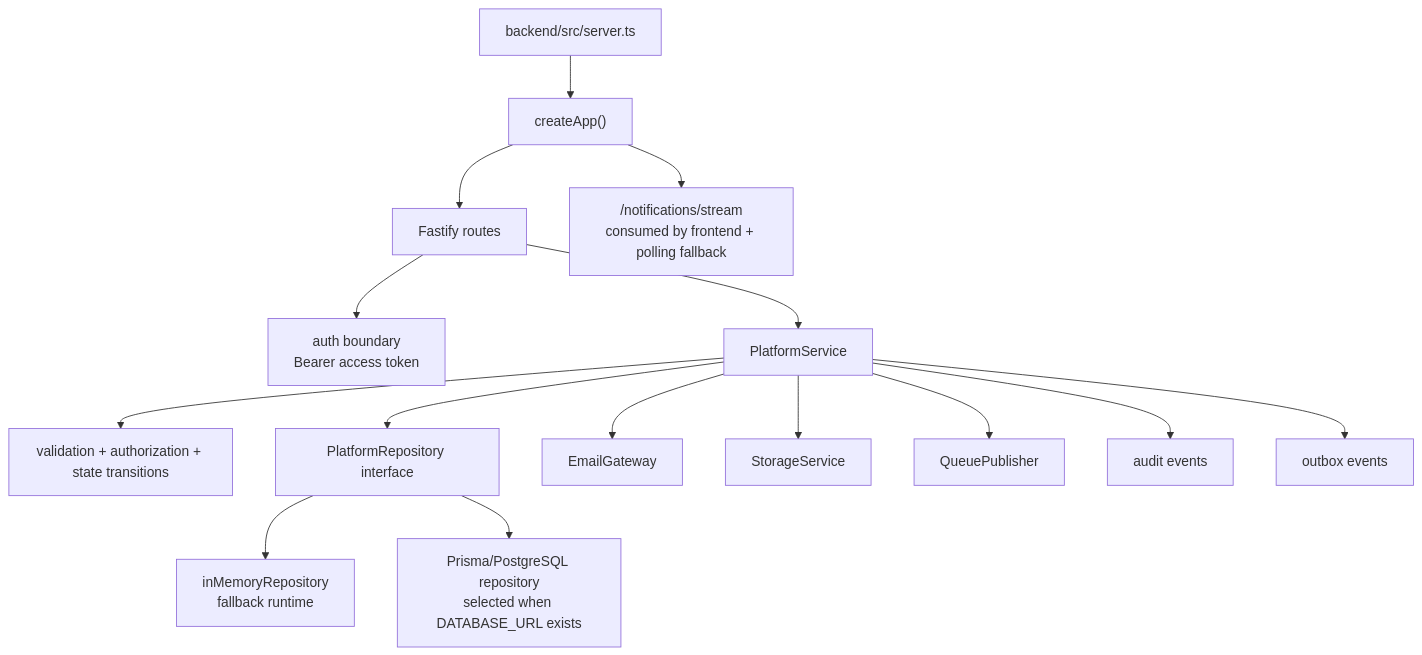
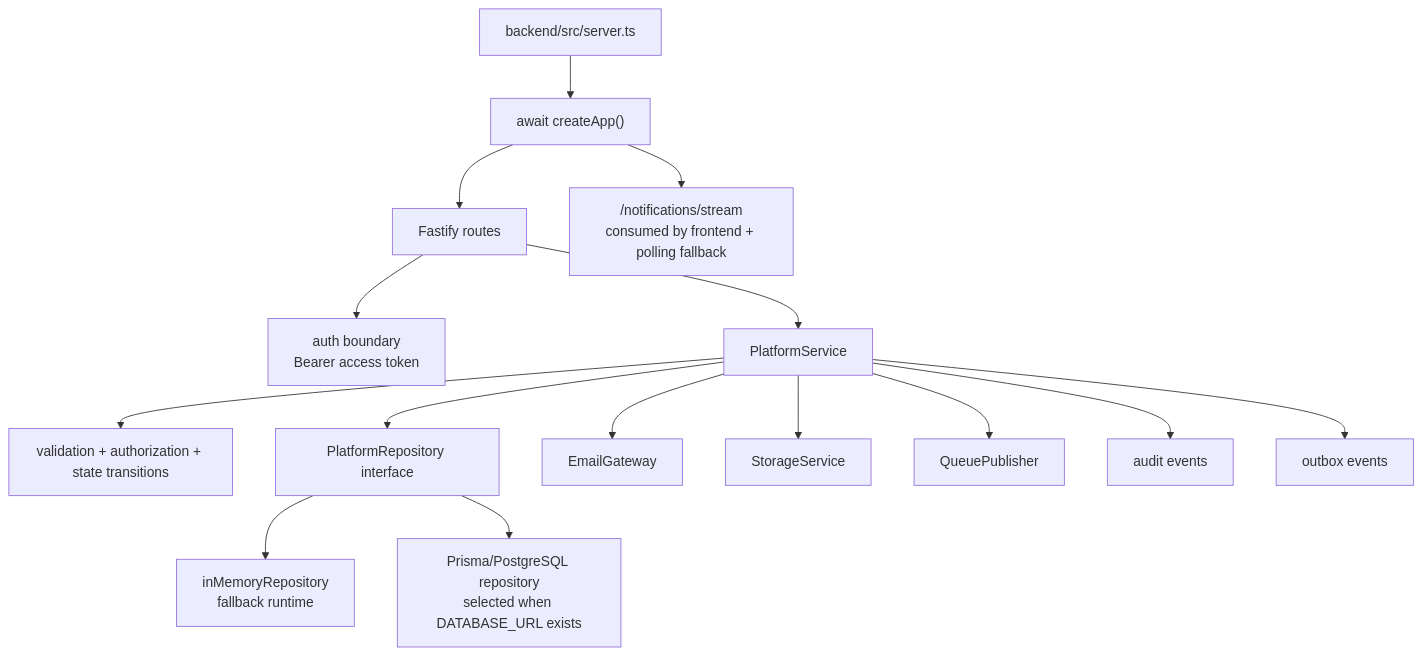
The third of 6 diagrams in docs/system-architecture.md (Pulsator01/MentorMe), drawn with Mermaid before and after one commit. The commit also changed 1 other file, not shown here.

Commit message:
docs: note await createApp in system architecture diagram
Made-with: Cursor

````diff
--- a/docs/system-architecture.md
+++ b/docs/system-architecture.md
@@ -144,20 +144,20 @@
 ```mermaid
 flowchart TD
-    SERVER["backend/src/server.ts"] --> APP["createApp()"]
+    SERVER["backend/src/server.ts"] --> APP["await createApp()"]
     APP --> ROUTES["Fastify routes"]
     ROUTES --> AUTH["auth boundary<br/>Bearer access token"]
     ROUTES --> SERVICE["PlatformService"]
 
     SERVICE --> RULES["validation + authorization + state transitions"]
     SERVICE --> REPO["PlatformRepository interface"]
     SERVICE --> EMAIL["EmailGateway"]
     SERVICE --> STORAGE["StorageService"]
     SERVICE --> QUEUE["QueuePublisher"]
 
     REPO --> MEM["inMemoryRepository<br/>fallback runtime"]
     REPO --> PRISMA["Prisma/PostgreSQL repository<br/>selected when DATABASE_URL exists"]
 
     SERVICE --> AUDIT["audit events"]
     SERVICE --> OUTBOX["outbox events"]
     APP --> SSE["/notifications/stream<br/>consumed by frontend + polling fallback"]
 ```
````
